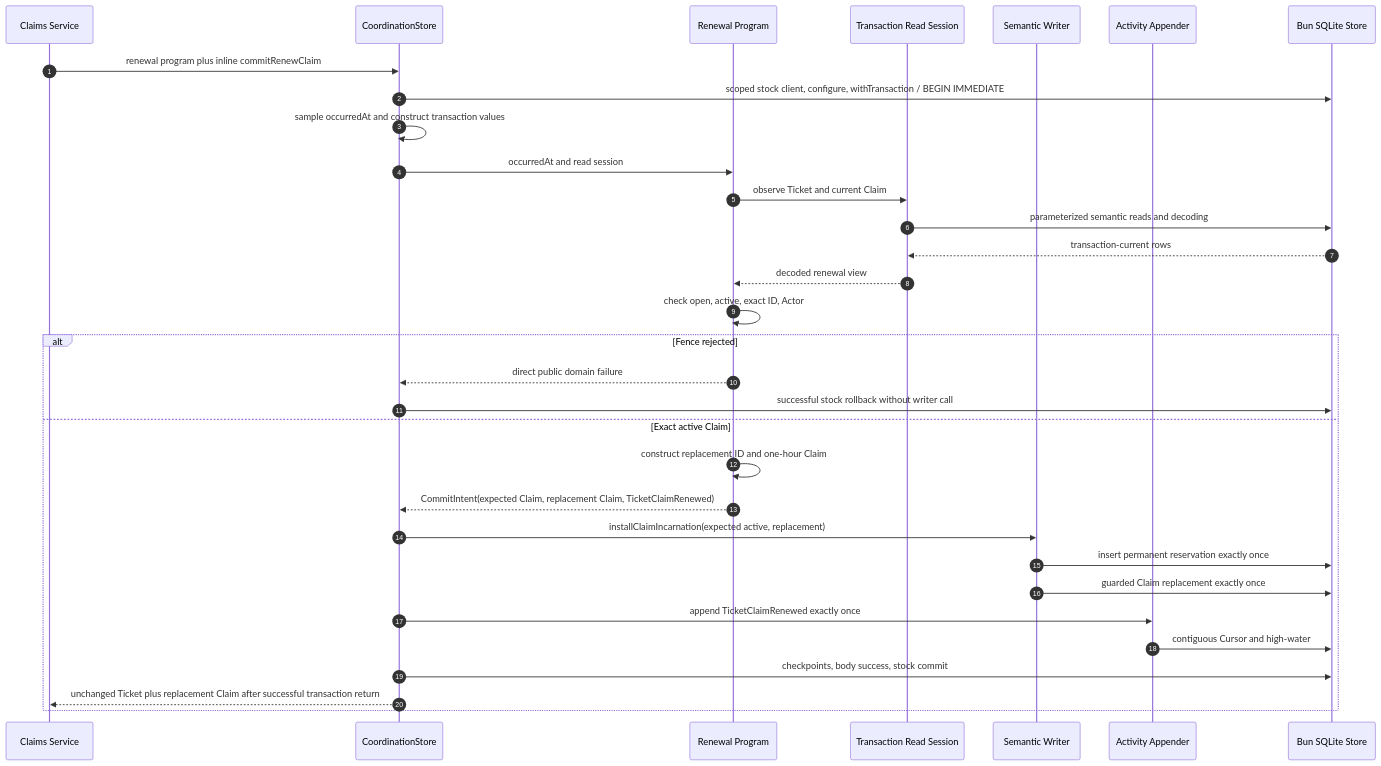
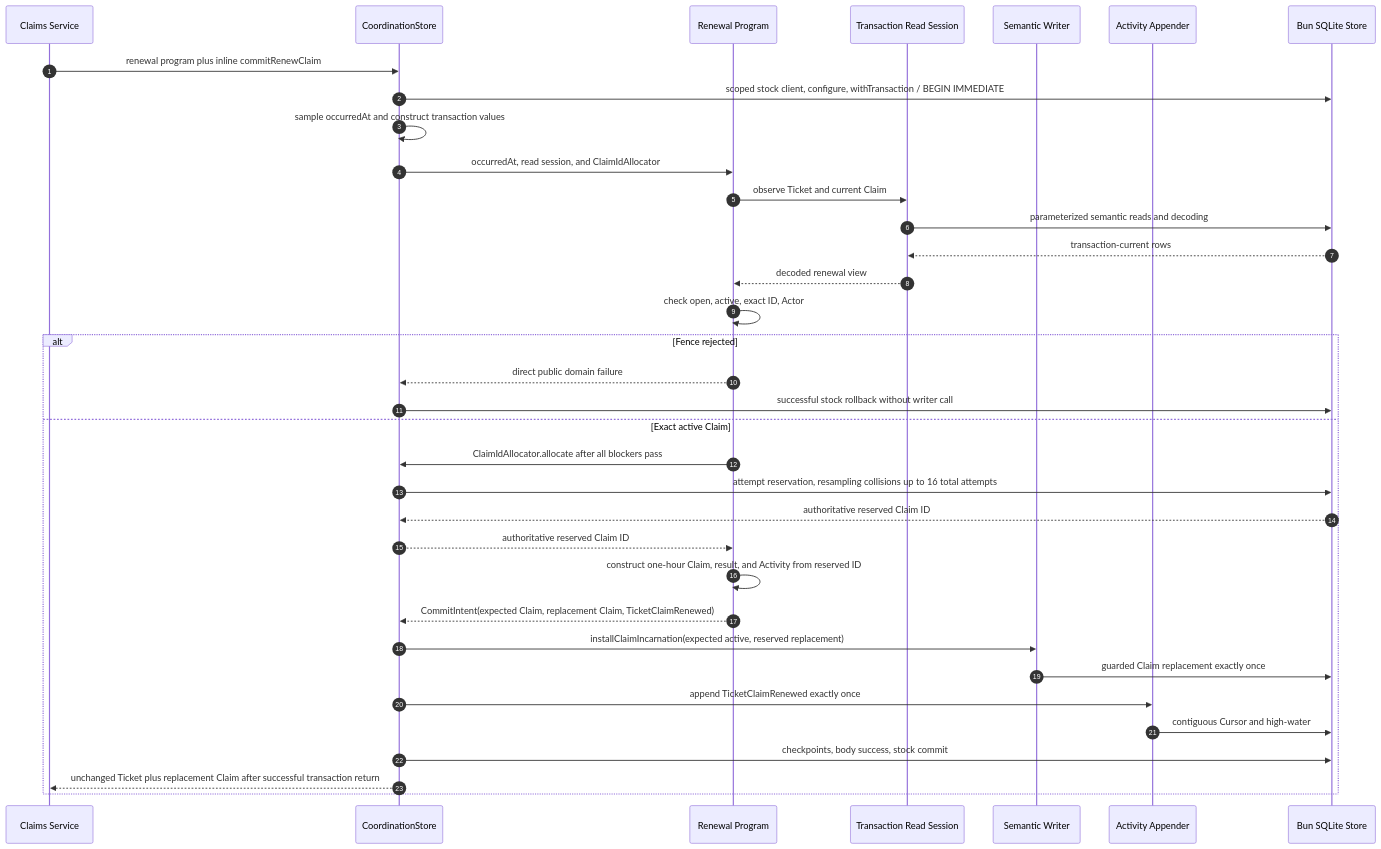
The eighth of 9 diagrams in specs/lean-v1/technical-design.md (urban/task-manager), drawn with Mermaid before and after one commit. The commit also changed other lines of this file and 9 other files, not shown here.

````diff
--- a/specs/lean-v1/technical-design.md
+++ b/specs/lean-v1/technical-design.md
@@ -1064,35 +1093,38 @@
 ```mermaid
 sequenceDiagram
   autonumber
   participant Claims as Claims Service
   participant Store as CoordinationStore
   participant Program as Renewal Program
   participant Read as Transaction Read Session
   participant Writer as Semantic Writer
   participant Activity as Activity Appender
   participant DB as Bun SQLite Store
 
   Claims->>Store: renewal program plus inline commitRenewClaim
   Store->>DB: scoped stock client, configure, withTransaction / BEGIN IMMEDIATE
   Store->>Store: sample occurredAt and construct transaction values
-  Store->>Program: occurredAt and read session
+  Store->>Program: occurredAt, read session, and ClaimIdAllocator
   Program->>Read: observe Ticket and current Claim
   Read->>DB: parameterized semantic reads and decoding
   DB-->>Read: transaction-current rows
   Read-->>Program: decoded renewal view
   Program->>Program: check open, active, exact ID, Actor
   alt Fence rejected
     Program-->>Store: direct public domain failure
     Store->>DB: successful stock rollback without writer call
   else Exact active Claim
-    Program->>Program: construct replacement ID and one-hour Claim
+    Program->>Store: ClaimIdAllocator.allocate after all blockers pass
+    Store->>DB: attempt reservation, resampling collisions up to 16 total attempts
+    DB-->>Store: authoritative reserved Claim ID
+    Store-->>Program: authoritative reserved Claim ID
+    Program->>Program: construct one-hour Claim, result, and Activity from reserved ID
     Program-->>Store: CommitIntent(expected Claim, replacement Claim, TicketClaimRenewed)
-    Store->>Writer: installClaimIncarnation(expected active, replacement)
-    Writer->>DB: insert permanent reservation exactly once
+    Store->>Writer: installClaimIncarnation(expected active, reserved replacement)
     Writer->>DB: guarded Claim replacement exactly once
     Store->>Activity: append TicketClaimRenewed exactly once
     Activity->>DB: contiguous Cursor and high-water
     Store->>DB: checkpoints, body success, stock commit
     Store-->>Claims: unchanged Ticket plus replacement Claim after successful transaction return
   end
 ```
````
